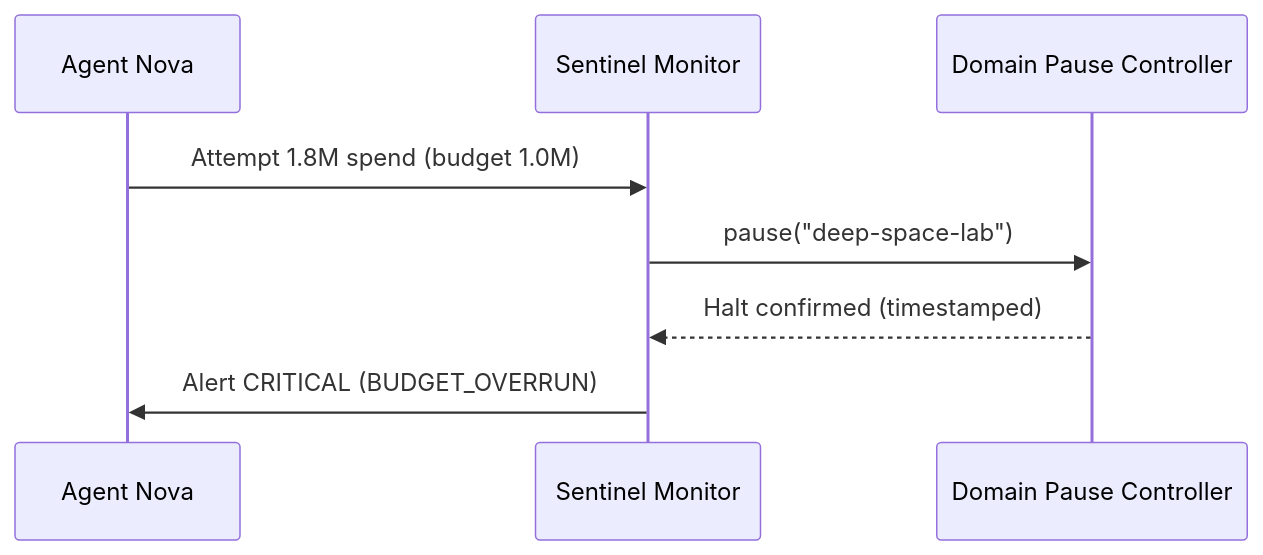
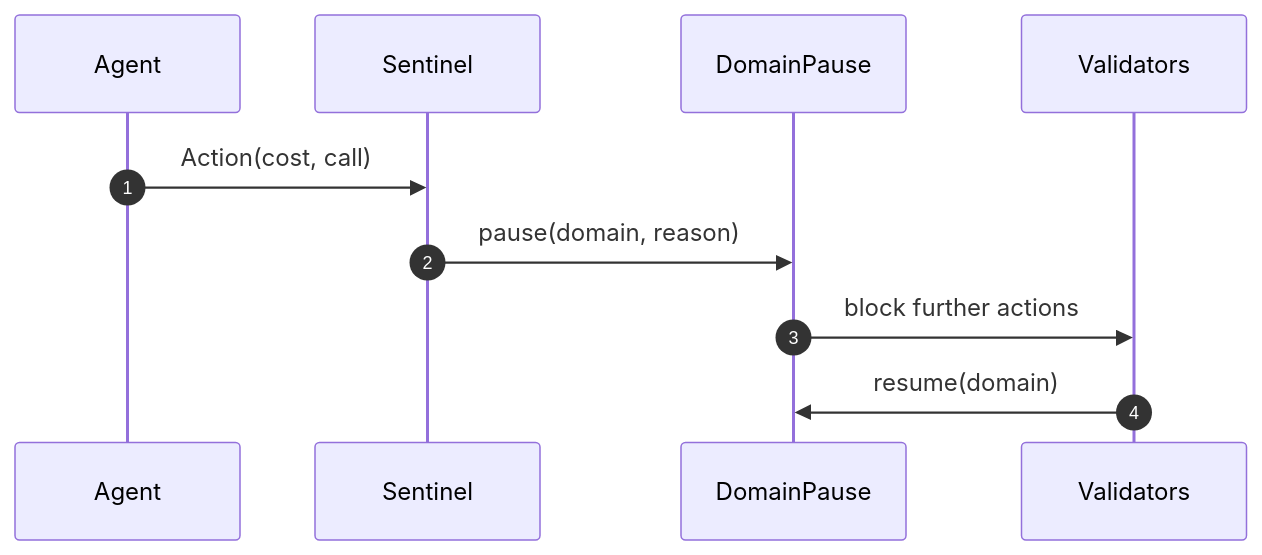
One commit to MontrealAI/AGIJobsv0 changed the second of 2 diagrams in demo/Validator-Constellation-v0/README.md. Above: the diagram before and after it, drawn with Mermaid. The commit also changed other lines of this file and 13 other files, not shown here.

````diff
--- a/demo/Validator-Constellation-v0/README.md
+++ b/demo/Validator-Constellation-v0/README.md
@@ -93,10 +74,13 @@
 ```mermaid
 sequenceDiagram
-  participant Agent as Agent Nova
-  participant Sentinel as Sentinel Monitor
-  participant Domain as Domain Pause Controller
-  Agent->>Sentinel: Attempt 1.8M spend (budget 1.0M)
-  Sentinel->>Domain: pause("deep-space-lab")
-  Domain-->>Sentinel: Halt confirmed (timestamped)
-  Sentinel->>Agent: Alert CRITICAL (BUDGET_OVERRUN)
+  autonumber
+  participant Agent
+  participant Sentinel
+  participant Pause as DomainPause
+  participant Validators
+
+  Agent->>Sentinel: Action(cost, call)
+  Sentinel->>Pause: pause(domain, reason)
+  Pause->>Validators: block further actions
+  Validators->>Pause: resume(domain)
 ```
````
